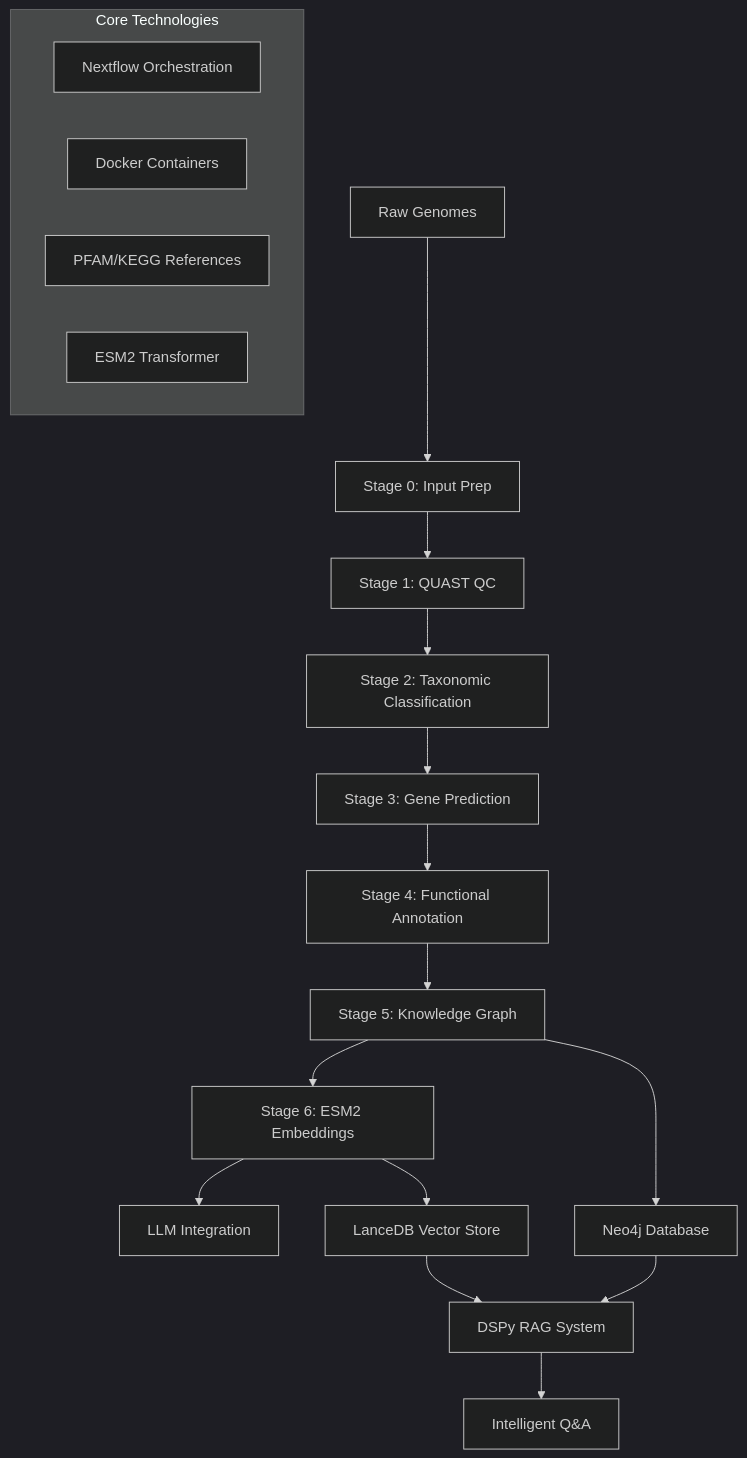
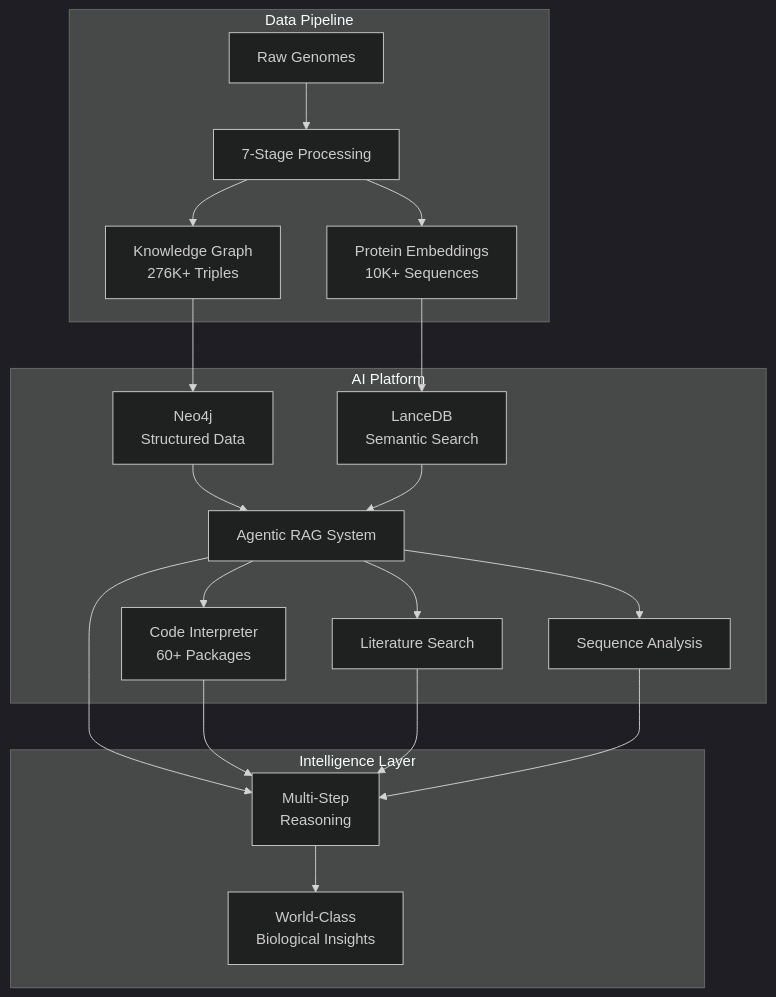
One commit to jwestrob/Bennu changed the diagram in README.md. Above: the diagram before and after it, drawn with Mermaid (dark theme). The commit also changed other lines of this file and 7 other files, not shown here.

First line of the commit message:
Complete world-class genomic AI platform with generalized annotation discovery

````diff
--- a/README.md
+++ b/README.md
@@ -39,24 +78,26 @@
 ```mermaid
-graph TD
-    A[Raw Genomes] --> B[Stage 0: Input Prep]
-    B --> C[Stage 1: QUAST QC]
-    C --> D[Stage 2: Taxonomic Classification]
-    D --> E[Stage 3: Gene Prediction]
-    E --> F[Stage 4: Functional Annotation]
-    F --> G[Stage 5: Knowledge Graph]
-    G --> H[Stage 6: ESM2 Embeddings]
-    H --> I[LLM Integration]
+graph TB
+    subgraph "Data Pipeline"
+        A[Raw Genomes] --> B[7-Stage Processing]
+        B --> C[Knowledge Graph<br/>276K+ Triples]
+        B --> D[Protein Embeddings<br/>10K+ Sequences]
+    end
     
-    G --> J[Neo4j Database]
-    H --> K[LanceDB Vector Store]
-    J --> L[DSPy RAG System]
-    K --> L
-    L --> M[Intelligent Q&A]
+    subgraph "AI Platform"
+        C --> E[Neo4j<br/>Structured Data]
+        D --> F[LanceDB<br/>Semantic Search]
+        E --> G[Agentic RAG System]
+        F --> G
+        G --> H[Code Interpreter<br/>60+ Packages]
+        G --> I[Literature Search]
+        G --> J[Sequence Analysis]
+    end
     
-    subgraph "Core Technologies"
-        N[Nextflow Orchestration]
-        O[Docker Containers]
-        P[PFAM/KEGG References]
-        Q[ESM2 Transformer]
+    subgraph "Intelligence Layer"
+        G --> K[Multi-Step<br/>Reasoning]
+        H --> K
+        I --> K  
+        J --> K
+        K --> L[World-Class<br/>Biological Insights]
     end
 ```
````
